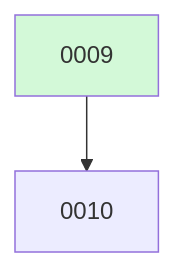
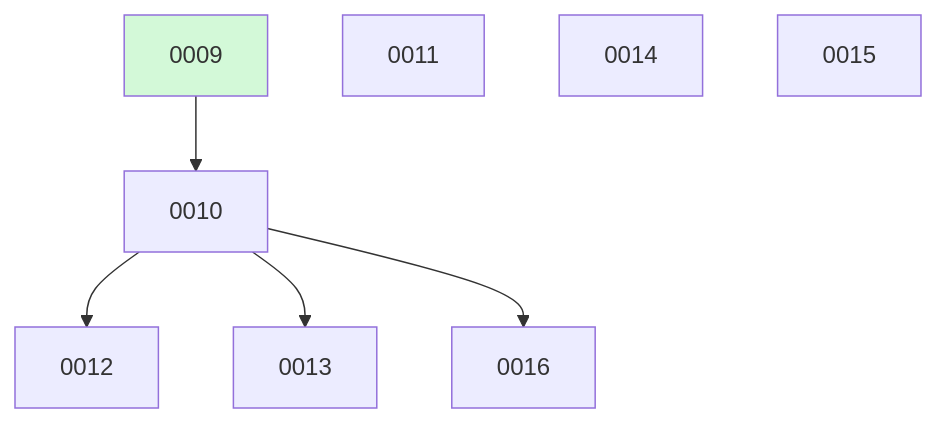
Before and after one commit to ethanhinson/llm-research-agent: the diagram in docs/changes/BOARD.md, drawn with Mermaid. The commit also changed other lines of this file, not shown here.

````diff
--- a/docs/changes/BOARD.md
+++ b/docs/changes/BOARD.md
@@ -11,6 +22,12 @@
 ```mermaid
 graph TD
   0009 --> 0010
+  0011
+  0010 --> 0012
+  0010 --> 0013
+  0014
+  0015
+  0010 --> 0016
   0009:::done
   classDef done fill:#d3f9d8;
 ```
````
